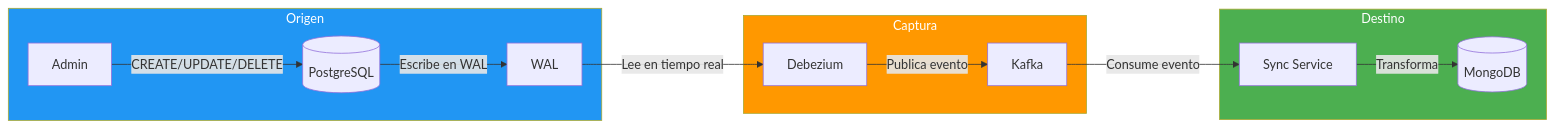
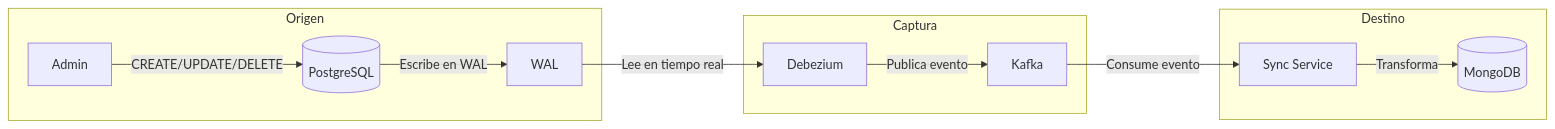
One commit to joseluisgs/DesarrolloWebEntornosServidor-02-2026-2027 changed diagram 21 of 24 in 30-cqrs-mediator.md. Above: the diagram before and after it, drawn with Mermaid. The commit also changed other lines of this file and 4 other files, not shown here.

Commit message:
docs: quitar el relleno a los subgraf de los diagramas de los temas 01, 10, 11, 19 y 30

````diff
--- a/30-cqrs-mediator.md
+++ b/30-cqrs-mediator.md
@@ -1182,21 +1171,18 @@
 ```mermaid
 flowchart LR
     subgraph ORIGEN["Origen"]
         A[Admin] -->|CREATE/UPDATE/DELETE| B[(PostgreSQL)]
         B -->|Escribe en WAL| C[WAL]
     end
 
     subgraph CAPTURA["Captura"]
         C -->|Lee en tiempo real| D[Debezium]
         D -->|Publica evento| E[Kafka]
     end
 
     subgraph DESTINO["Destino"]
         E -->|Consume evento| F[Sync Service]
         F -->|Transforma| G[(MongoDB)]
     end
 
-    style ORIGEN fill:#2196F3,color:#fff
-    style CAPTURA fill:#FF9800,color:#fff
-    style DESTINO fill:#4CAF50,color:#fff
 ```
````
